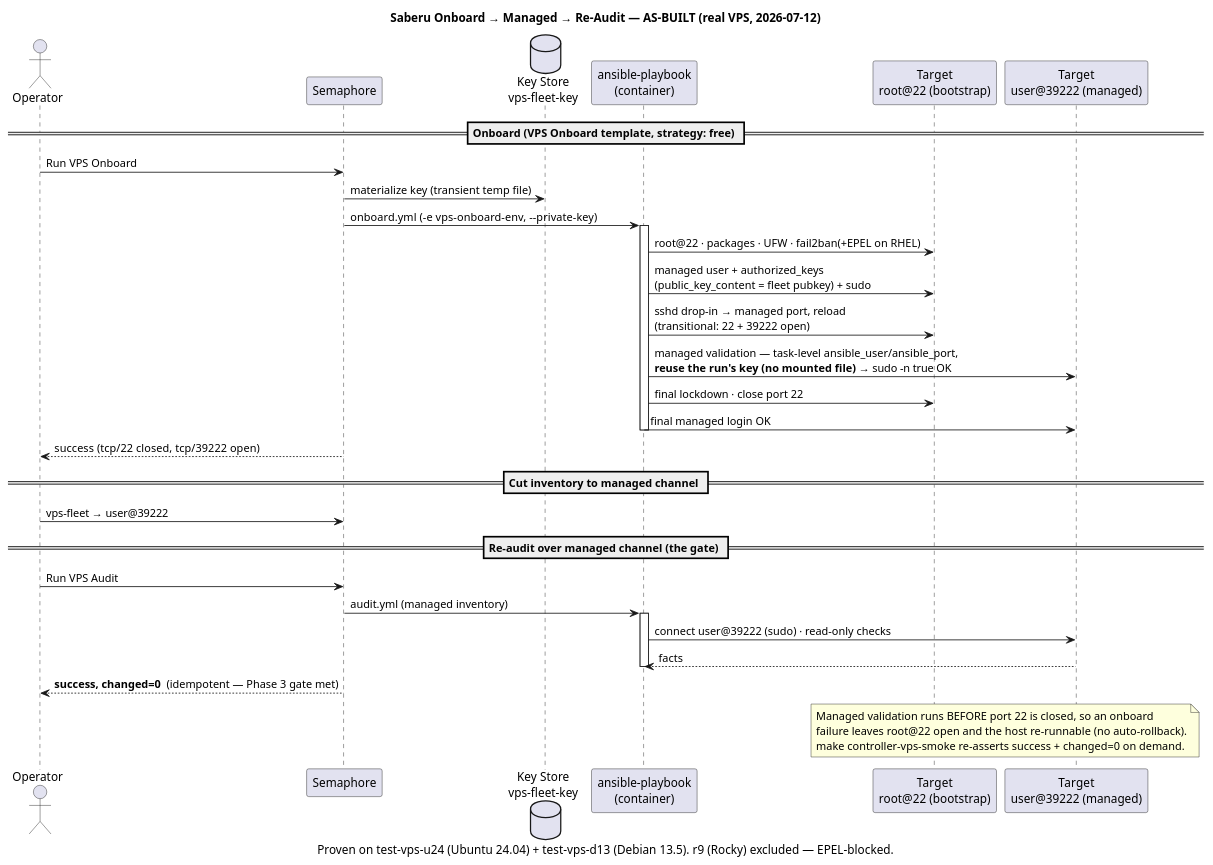
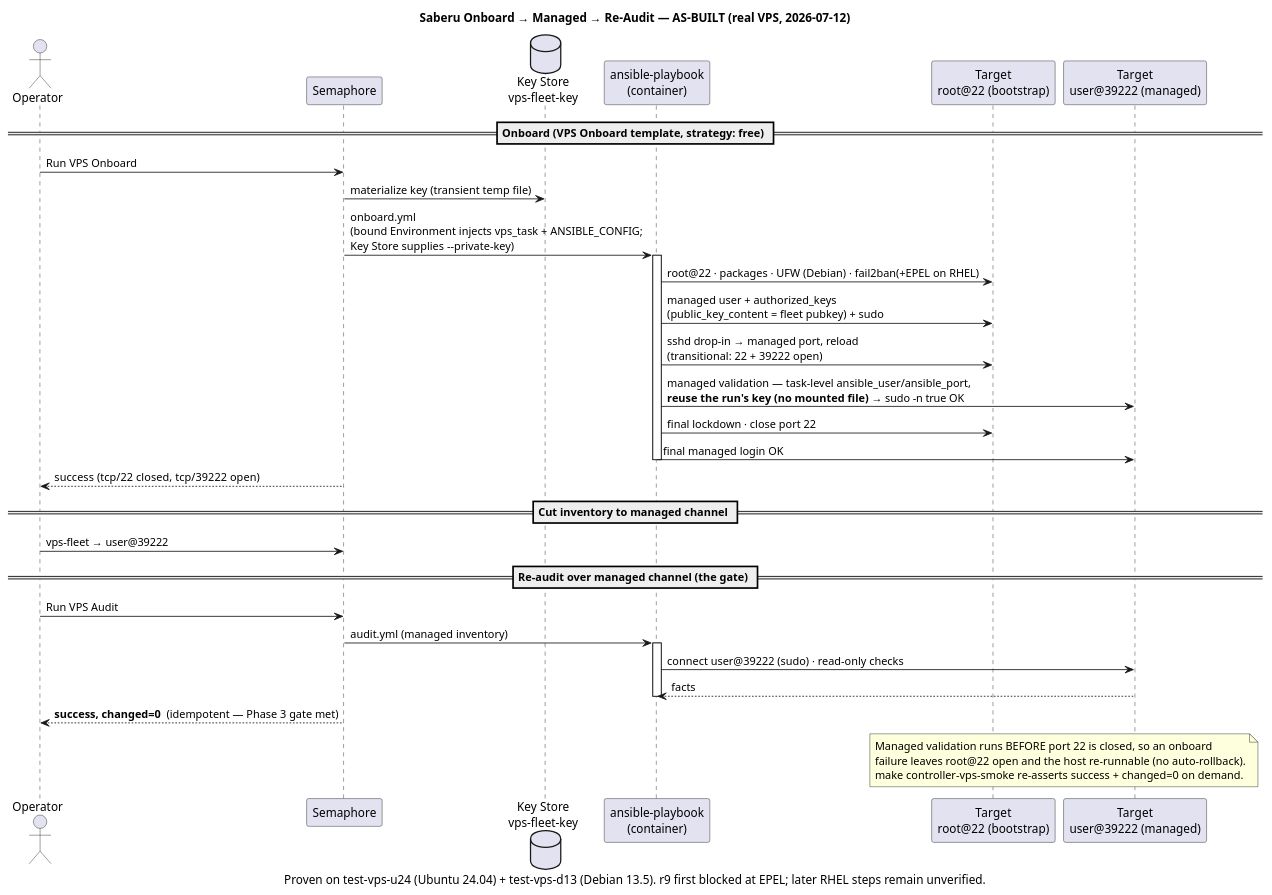
One commit to taoziyoyo2566/ansispire changed the diagram in docs/feat-target-architecture/diagrams/as-built/02-vps-lifecycle-as-built.puml. Above: the diagram before and after it, drawn with PlantUML. The commit also changed 45 other files, not shown here.

First line of the commit message:
docs(feat-target-architecture): own the diagram set in the feature hub; reconcile doc truth (round 13)

```diff
--- a/docs/feat-target-architecture/diagrams/as-built/02-vps-lifecycle-as-built.puml
+++ b/docs/feat-target-architecture/diagrams/as-built/02-vps-lifecycle-as-built.puml
@@ -1,44 +1,44 @@
 @startuml ansispire-vps-lifecycle-as-built
 title Saberu Onboard → Managed → Re-Audit — AS-BUILT (real VPS, 2026-07-12)
-caption Proven on test-vps-u24 (Ubuntu 24.04) + test-vps-d13 (Debian 13.5). r9 (Rocky) excluded — EPEL-blocked.
+caption Proven on test-vps-u24 (Ubuntu 24.04) + test-vps-d13 (Debian 13.5). r9 first blocked at EPEL; later RHEL steps remain unverified.
 skinparam shadowing false
 
 actor Operator as OP
 participant "Semaphore" as SEM
 database "Key Store\nvps-fleet-key" as KS
 participant "ansible-playbook\n(container)" as ANS
 participant "Target\nroot@22 (bootstrap)" as BOOT
 participant "Target\nuser@39222 (managed)" as MGD
 
 == Onboard (VPS Onboard template, strategy: free) ==
 OP -> SEM : Run VPS Onboard
 SEM -> KS : materialize key (transient temp file)
-SEM -> ANS : onboard.yml  (-e vps-onboard-env, --private-key)
+SEM -> ANS : onboard.yml\n(bound Environment injects vps_task + ANSIBLE_CONFIG;\nKey Store supplies --private-key)
 activate ANS
-ANS -> BOOT : root@22 · packages · UFW · fail2ban(+EPEL on RHEL)
+ANS -> BOOT : root@22 · packages · UFW (Debian) · fail2ban(+EPEL on RHEL)
 ANS -> BOOT : managed user + authorized_keys\n(public_key_content = fleet pubkey) + sudo
 ANS -> BOOT : sshd drop-in → managed port, reload\n(transitional: 22 + 39222 open)
 ANS -> MGD : managed validation — task-level ansible_user/ansible_port,\n**reuse the run's key (no mounted file)** → sudo -n true OK
 ANS -> BOOT : final lockdown · close port 22
 ANS -> MGD : final managed login OK
 deactivate ANS
 SEM --> OP : success  (tcp/22 closed, tcp/39222 open)
 
 == Cut inventory to managed channel ==
 OP -> SEM : vps-fleet → user@39222
 
 == Re-audit over managed channel (the gate) ==
 OP -> SEM : Run VPS Audit
 SEM -> ANS : audit.yml (managed inventory)
 activate ANS
 ANS -> MGD : connect user@39222 (sudo) · read-only checks
 MGD --> ANS : facts
 deactivate ANS
 SEM --> OP : **success, changed=0**  (idempotent — Phase 3 gate met)
 
 note over BOOT, MGD
   Managed validation runs BEFORE port 22 is closed, so an onboard
   failure leaves root@22 open and the host re-runnable (no auto-rollback).
   make controller-vps-smoke re-asserts success + changed=0 on demand.
 end note
 @enduml
```
